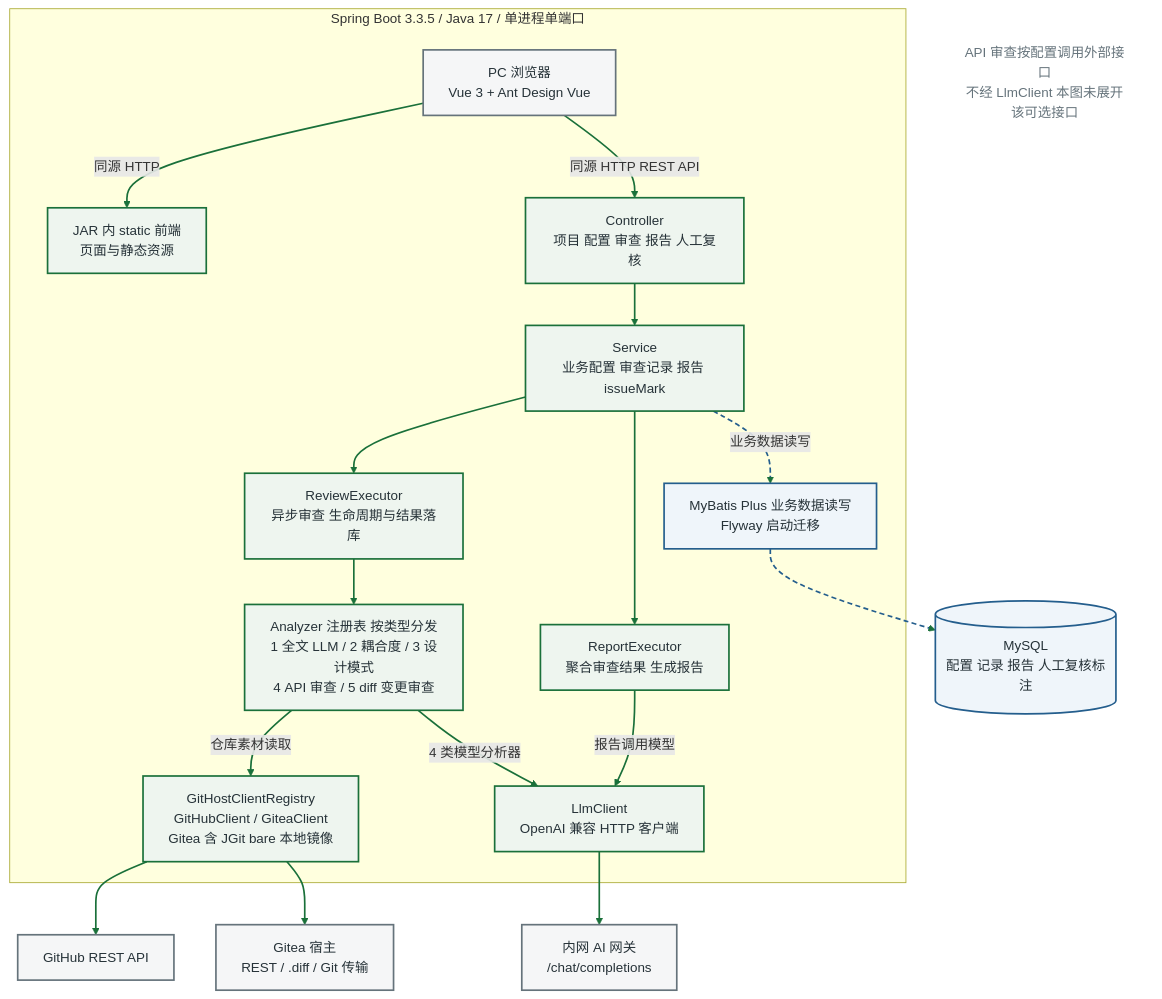
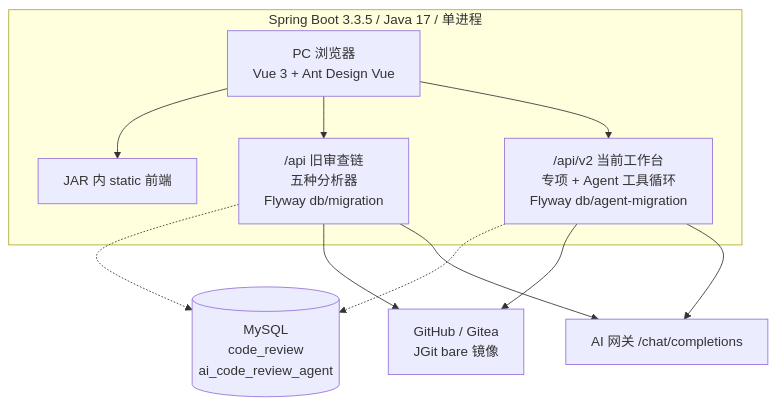
Before and after one commit to bakemonoingithub/codereview: the diagram in docs/delivery/dev-20261013/figures/architecture.mmd, drawn with Mermaid. The commit also changed 22 other files, not shown here.

```diff
--- a/docs/delivery/dev-20261013/figures/architecture.mmd
+++ b/docs/delivery/dev-20261013/figures/architecture.mmd
@@ -1,42 +1,19 @@
 flowchart TB
   PC["PC 浏览器<br/>Vue 3 + Ant Design Vue"]
-  subgraph APP["Spring Boot 3.3.5 / Java 17 / 单进程单端口"]
-    STATIC["JAR 内 static 前端<br/>页面与静态资源"]
-    C["Controller<br/>项目 配置 审查 报告 人工复核"]
-    S["Service<br/>业务配置 审查记录 报告 issueMark"]
-    RE["ReviewExecutor<br/>异步审查 生命周期与结果落库"]
-    RPE["ReportExecutor<br/>聚合审查结果 生成报告"]
-    A["Analyzer 注册表 按类型分发<br/>1 全文 LLM / 2 耦合度 / 3 设计模式<br/>4 API 审查 / 5 diff 变更审查"]
-    G["GitHostClientRegistry<br/>GitHubClient / GiteaClient<br/>Gitea 含 JGit bare 本地镜像"]
-    MP["MyBatis Plus 业务数据读写<br/>Flyway 启动迁移"]
-    L["LlmClient<br/>OpenAI 兼容 HTTP 客户端"]
-    PC -->|同源 HTTP| STATIC
-    PC -->|同源 HTTP REST API| C
-    C --> S
-    S --> RE
-    S --> RPE
-    RE --> A
-    A -->|仓库素材读取| G
-    A -->|4 类模型分析器| L
-    RPE -->|报告调用模型| L
-    S -.->|业务数据读写| MP
+  subgraph APP["Spring Boot 3.3.5 / Java 17 / 单进程"]
+    STATIC["JAR 内 static 前端"]
+    OLD["/api 旧审查链<br/>五种分析器<br/>Flyway db/migration"]
+    NEW["/api/v2 当前工作台<br/>专项 + Agent 工具循环<br/>Flyway db/agent-migration"]
+    PC --> STATIC
+    PC --> OLD
+    PC --> NEW
   end
-  GH["GitHub REST API"]
-  GT["Gitea 宿主<br/>REST / .diff / Git 传输"]
-  DB[("MySQL<br/>配置 记录 报告 人工复核标注")]
-  AI["内网 AI 网关<br/>/chat/completions"]
-  G --> GH
-  G --> GT
-  MP -.-> DB
-  L --> AI
-  NOTE["API 审查按配置调用外部接口<br/>不经 LlmClient 本图未展开该可选接口"]
-  classDef app fill:#EEF5EF,stroke:#1A703A,color:#263238,stroke-width:2px;
-  classDef ext fill:#F5F6F7,stroke:#65737B,color:#263238,stroke-width:2px;
-  classDef store fill:#EFF5FA,stroke:#245E8D,color:#263238,stroke-width:2px;
-  classDef note fill:#FFFFFF,stroke:#FFFFFF,color:#65737B;
-  class STATIC,C,S,RE,RPE,A,G,L app;
-  class PC,GH,GT,AI ext;
-  class MP,DB store;
-  class NOTE note;
-  linkStyle default stroke:#1A703A,stroke-width:2px;
-  linkStyle 9,12 stroke:#245E8D,stroke-width:2px,stroke-dasharray:6 4;
+  DB[("MySQL<br/>code_review<br/>ai_code_review_agent")]
+  GIT["GitHub / Gitea<br/>JGit bare 镜像"]
+  AI["AI 网关 /chat/completions"]
+  OLD -.-> DB
+  NEW -.-> DB
+  NEW --> GIT
+  OLD --> GIT
+  NEW --> AI
+  OLD --> AI
```
